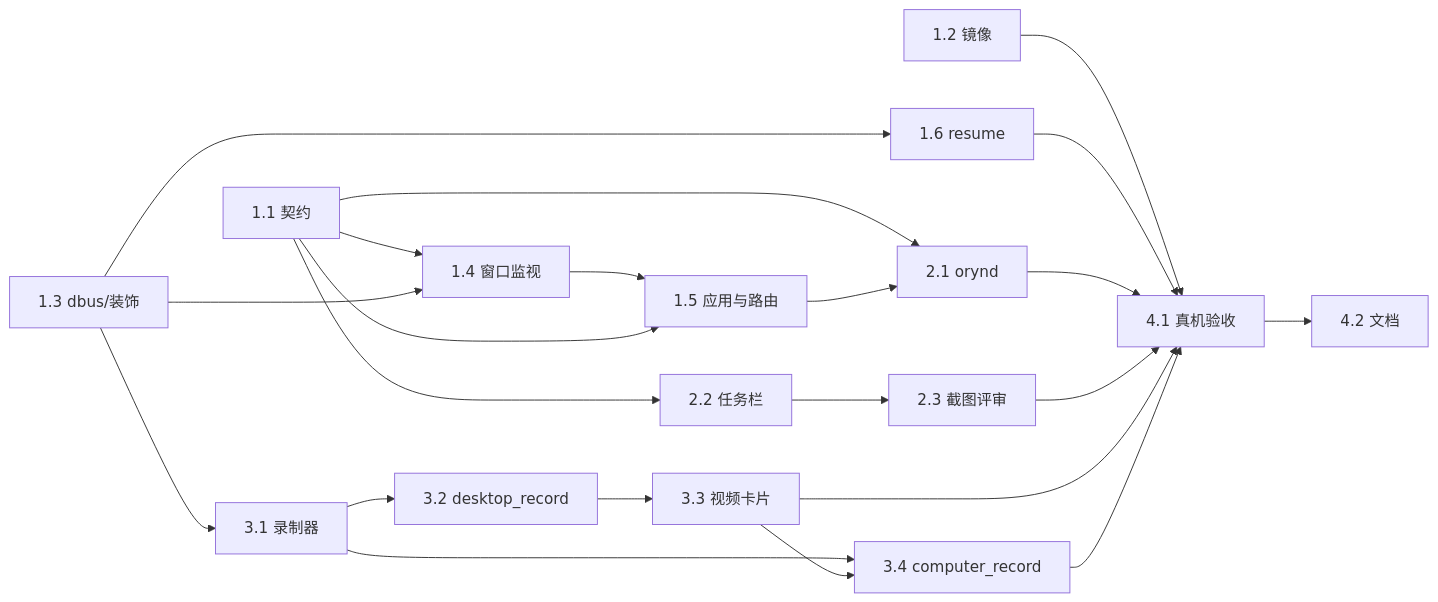
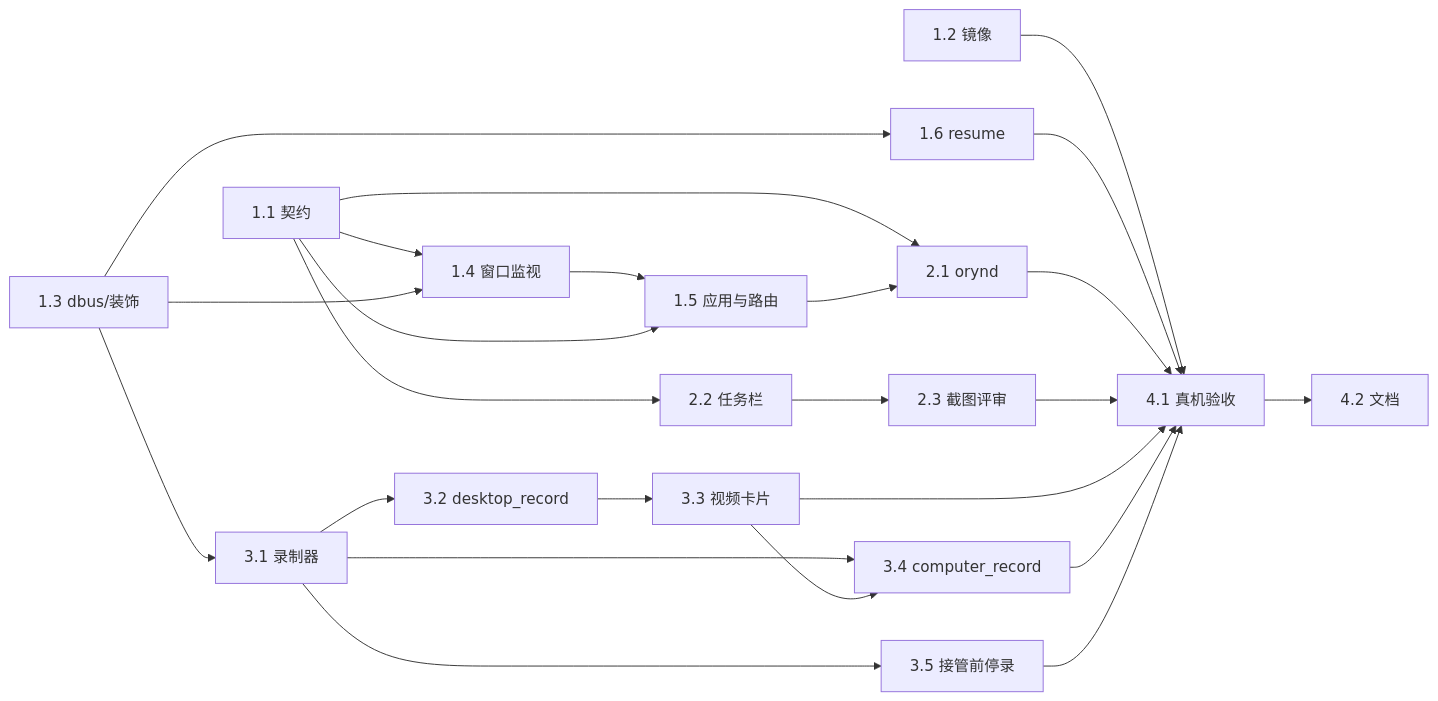
Before and after one commit to Lynricsy/Oryn: the diagram in docs/plan-m25.md, drawn with Mermaid. The commit also changed other lines of this file, not shown here.

````diff
--- a/docs/plan-m25.md
+++ b/docs/plan-m25.md
@@ -305,24 +326,26 @@
 ```mermaid
 graph LR
   S11[1.1 契约] --> S14[1.4 窗口监视]
   S13[1.3 dbus/装饰] --> S14
   S14 --> S15[1.5 应用与路由]
   S11 --> S15
   S13 --> S16[1.6 resume]
   S11 --> S21[2.1 orynd]
   S15 --> S21
   S11 --> S22[2.2 任务栏]
   S22 --> S23[2.3 截图评审]
   S13 --> S31[3.1 录制器]
   S31 --> S32[3.2 desktop_record]
   S32 --> S33[3.3 视频卡片]
   S31 --> S34[3.4 computer_record]
   S33 --> S34
   S12[1.2 镜像] --> S41[4.1 真机验收]
   S16 --> S41
   S21 --> S41
   S23 --> S41
   S33 --> S41
   S34 --> S41
+  S31 --> S35[3.5 接管前停录]
+  S35 --> S41
   S41 --> S42[4.2 文档]
 ```
````
